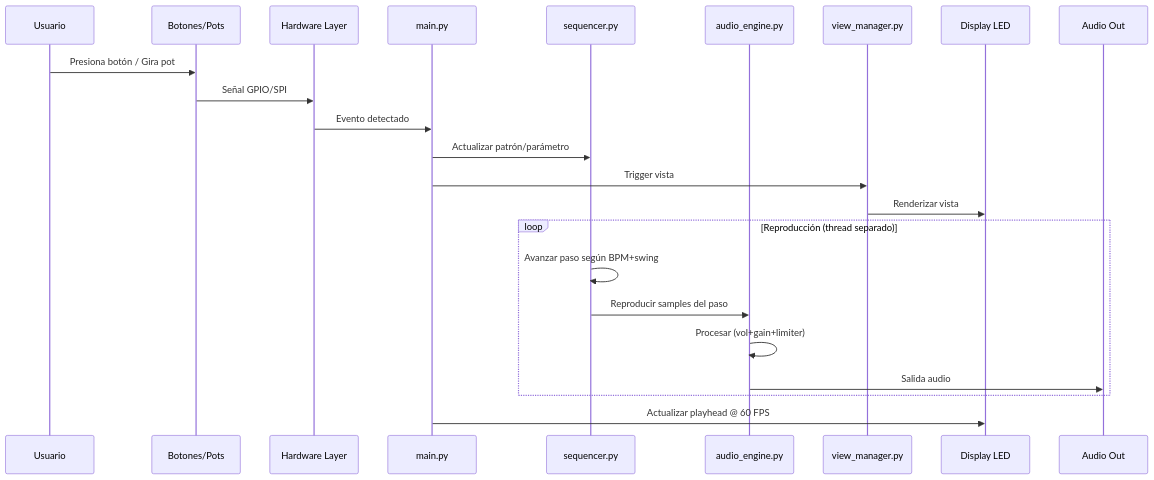
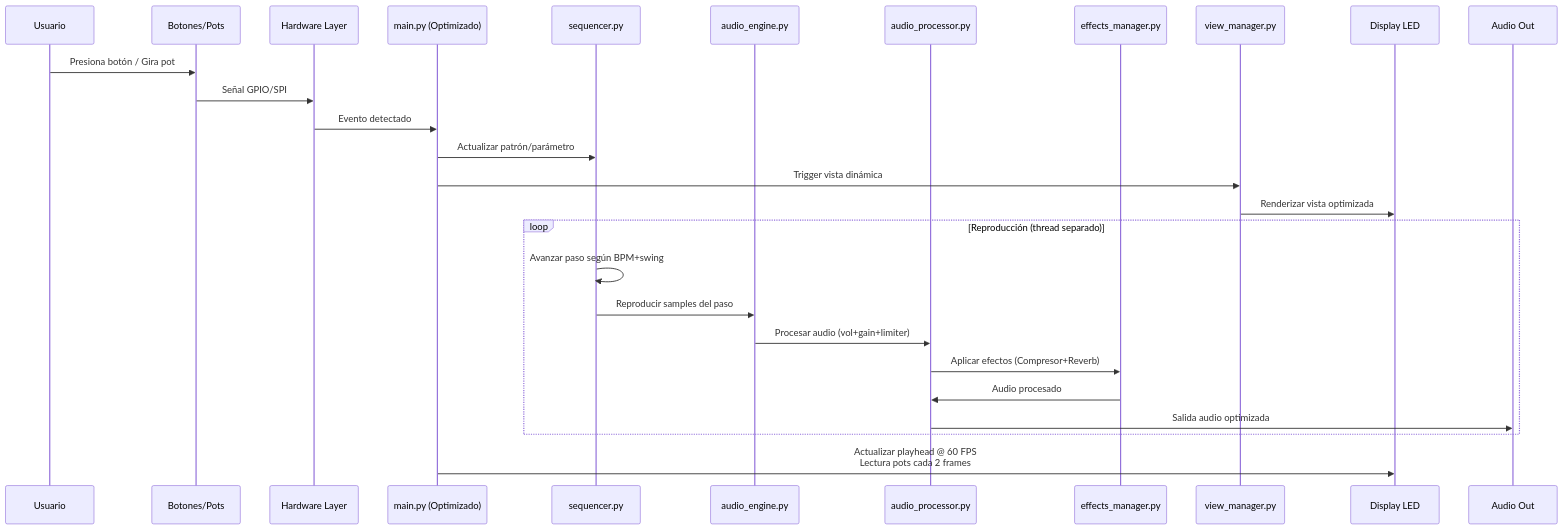
The third of 10 diagrams in docs/INFORME_TECNICO_PRODUCTO.md (Camionerou/TP-FINAL-2025-Drum-Machine), drawn with Mermaid before and after one commit. The commit also changed other lines of this file, not shown here.

````diff
--- a/docs/INFORME_TECNICO_PRODUCTO.md
+++ b/docs/INFORME_TECNICO_PRODUCTO.md
@@ -373,28 +458,32 @@
 ```mermaid
 sequenceDiagram
     participant U as Usuario
     participant B as Botones/Pots
     participant H as Hardware Layer
-    participant M as main.py
+    participant M as main.py (Optimizado)
     participant S as sequencer.py
     participant A as audio_engine.py
+    participant P as audio_processor.py
+    participant FX as effects_manager.py
     participant V as view_manager.py
     participant D as Display LED
     participant O as Audio Out
     
     U->>B: Presiona botón / Gira pot
     B->>H: Señal GPIO/SPI
     H->>M: Evento detectado
     M->>S: Actualizar patrón/parámetro
-    M->>V: Trigger vista
-    V->>D: Renderizar vista
+    M->>V: Trigger vista dinámica
+    V->>D: Renderizar vista optimizada
     
     loop Reproducción (thread separado)
         S->>S: Avanzar paso según BPM+swing
         S->>A: Reproducir samples del paso
-        A->>A: Procesar (vol+gain+limiter)
-        A->>O: Salida audio
+        A->>P: Procesar audio (vol+gain+limiter)
+        P->>FX: Aplicar efectos (Compresor+Reverb)
+        FX->>P: Audio procesado
+        P->>O: Salida audio optimizada
     end
     
-    M->>D: Actualizar playhead @ 60 FPS
+    M->>D: Actualizar playhead @ 60 FPS<br/>Lectura pots cada 2 frames
 ```
````
